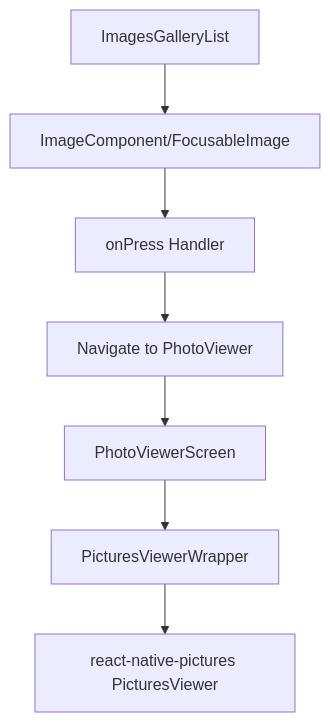
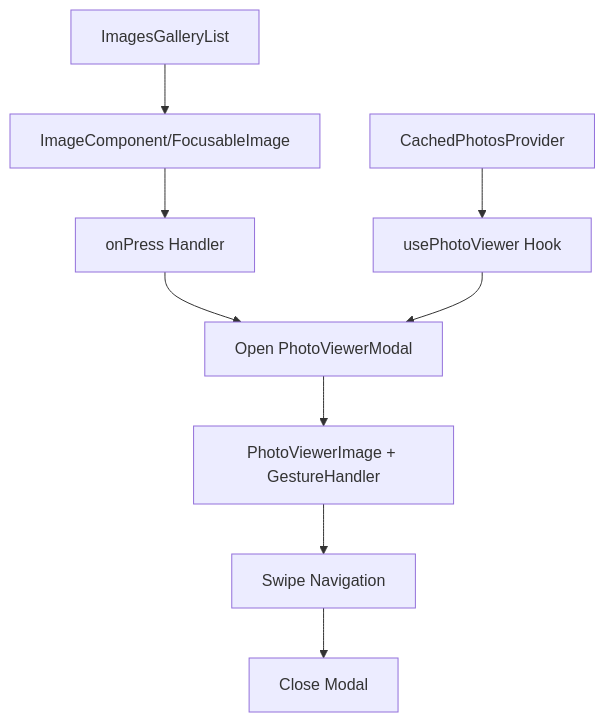
The diagram in tt2/REACT_NATIVE_PICTURES_INTEGRATION.md (bjorntin/tt), drawn with Mermaid before and after one commit. The commit also changed other lines of this file and 11 other files, not shown here.

Commit message:
added image viewer feature + swiping between images functioanlity working

````diff
--- a/tt2/REACT_NATIVE_PICTURES_INTEGRATION.md
+++ b/tt2/REACT_NATIVE_PICTURES_INTEGRATION.md
@@ -37,9 +44,11 @@
 ```mermaid
 graph TD
     A[ImagesGalleryList] --> B[ImageComponent/FocusableImage]
     B --> C[onPress Handler]
-    C --> D[Navigate to PhotoViewer]
-    D --> E[PhotoViewerScreen]
-    E --> F[PicturesViewerWrapper]
-    F --> G[react-native-pictures PicturesViewer]
+    C --> D[Open PhotoViewerModal]
+    D --> E[PhotoViewerImage + GestureHandler]
+    E --> F[Swipe Navigation]
+    F --> G[Close Modal]
+    H[usePhotoViewer Hook] --> D
+    I[CachedPhotosProvider] --> H
 ```
````
